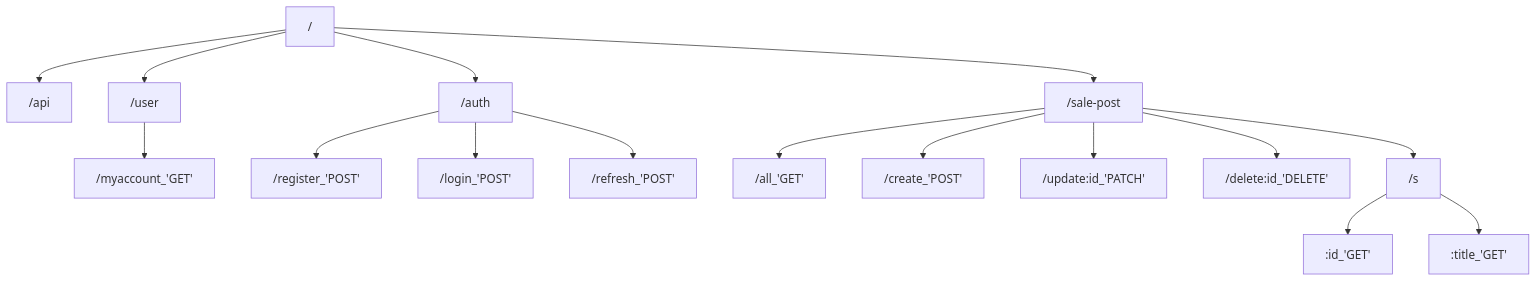
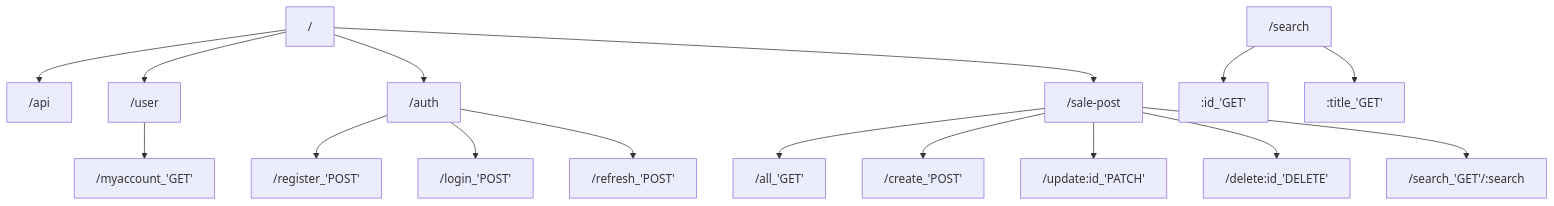
One commit to jadegnew/OLX-clone changed the diagram in README.md. Above: the diagram before and after it, drawn with Mermaid. The commit also changed 3 other files, not shown here.

````diff
--- a/README.md
+++ b/README.md
@@ -17,18 +17,18 @@
 ```mermaid
 graph TD;
     /-->/api;
     /-->/user;
     /-->/auth;
     /-->/sale-post;
     /user-->/myaccount_'GET'
     /auth-->/register_'POST'
     /auth-->/login_'POST'
     /auth-->/refresh_'POST'
     /sale-post-->/all_'GET'
     /sale-post-->/create_'POST'
     /sale-post-->/update:id_'PATCH'
     /sale-post-->/delete:id_'DELETE'
-    /sale-post-->/s
-    /s-->:id_'GET'
-    /s-->:title_'GET'
+    /sale-post-->/search_'GET'/:search
+    /search-->:id_'GET'
+    /search-->:title_'GET'
 ```
````
